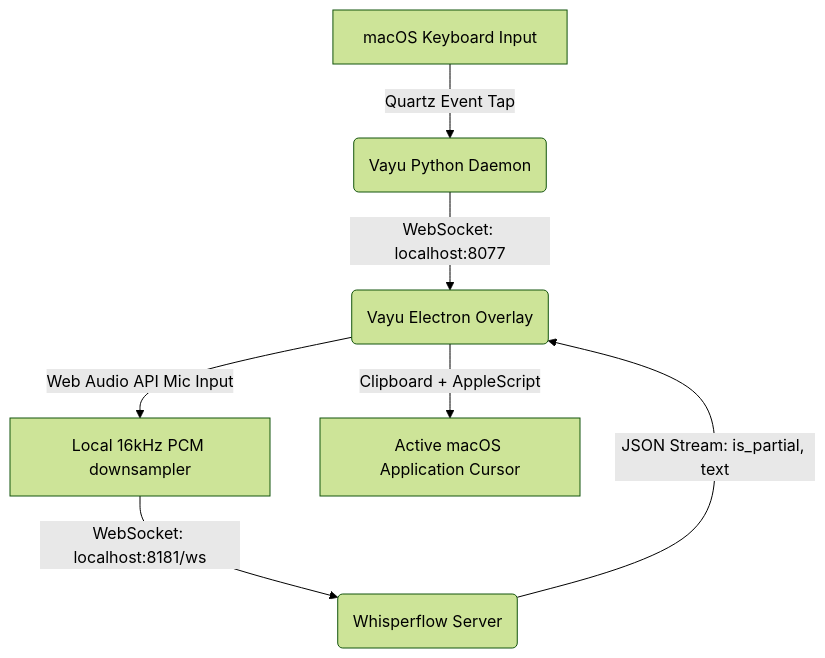
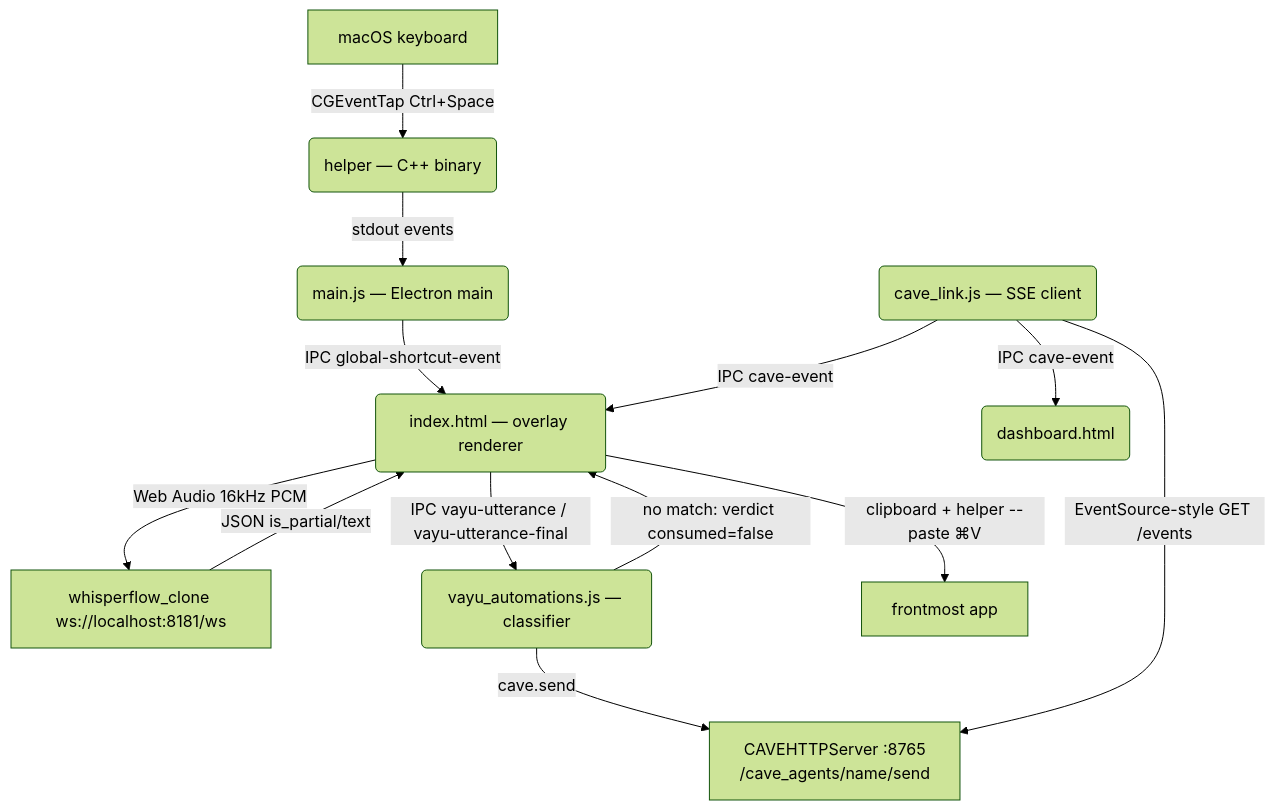
One commit to sancovp/vayu changed the diagram in DESIGN.md. Above: the diagram before and after it, drawn with Mermaid (forest theme). The commit also changed other lines of this file and 10 other files, not shown here.

````diff
--- a/DESIGN.md
+++ b/DESIGN.md
@@ -9,9 +12,14 @@
 ```mermaid
-graph TD
-    A[macOS Keyboard Input] -->|Quartz Event Tap| B(Vayu Python Daemon)
-    B -->|WebSocket: localhost:8077| C(Vayu Electron Overlay)
-    C -->|Web Audio API Mic Input| D[Local 16kHz PCM downsampler]
-    D -->|WebSocket: localhost:8181/ws| E(Whisperflow Server)
-    E -->|JSON Stream: is_partial, text| C
-    C -->|Clipboard + AppleScript| F[Active macOS Application Cursor]
+flowchart TD
+    A[macOS keyboard] -->|CGEventTap Ctrl+Space| B(helper — C++ binary)
+    B -->|stdout events| M(main.js — Electron main)
+    M -->|IPC global-shortcut-event| R(index.html — overlay renderer)
+    R -->|Web Audio 16kHz PCM| W[whisperflow_clone ws://localhost:8181/ws]
+    W -->|JSON is_partial/text| R
+    R -->|IPC vayu-utterance / vayu-utterance-final| AUT(vayu_automations.js — classifier)
+    AUT -->|no match: verdict consumed=false| R
+    R -->|clipboard + helper --paste ⌘V| T[frontmost app]
+    AUT -->|cave.send| CHS[CAVEHTTPServer :8765<br/>/cave_agents/name/send]
+    CL(cave_link.js — SSE client) -->|EventSource-style GET /events| CHS
+    CL -->|IPC cave-event| R & D(dashboard.html)
 ```
````
